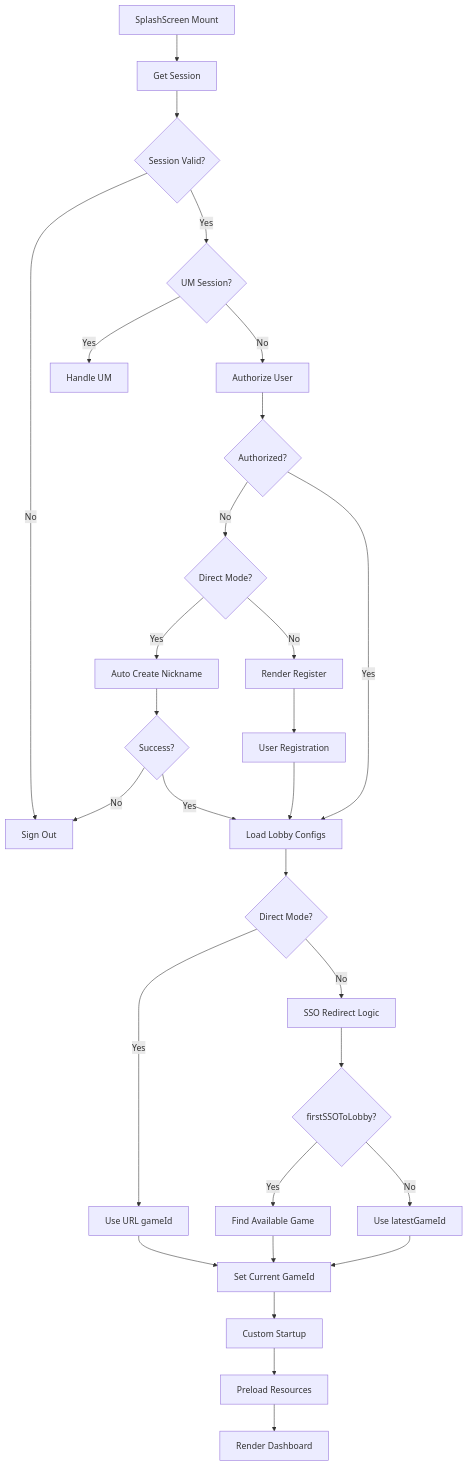
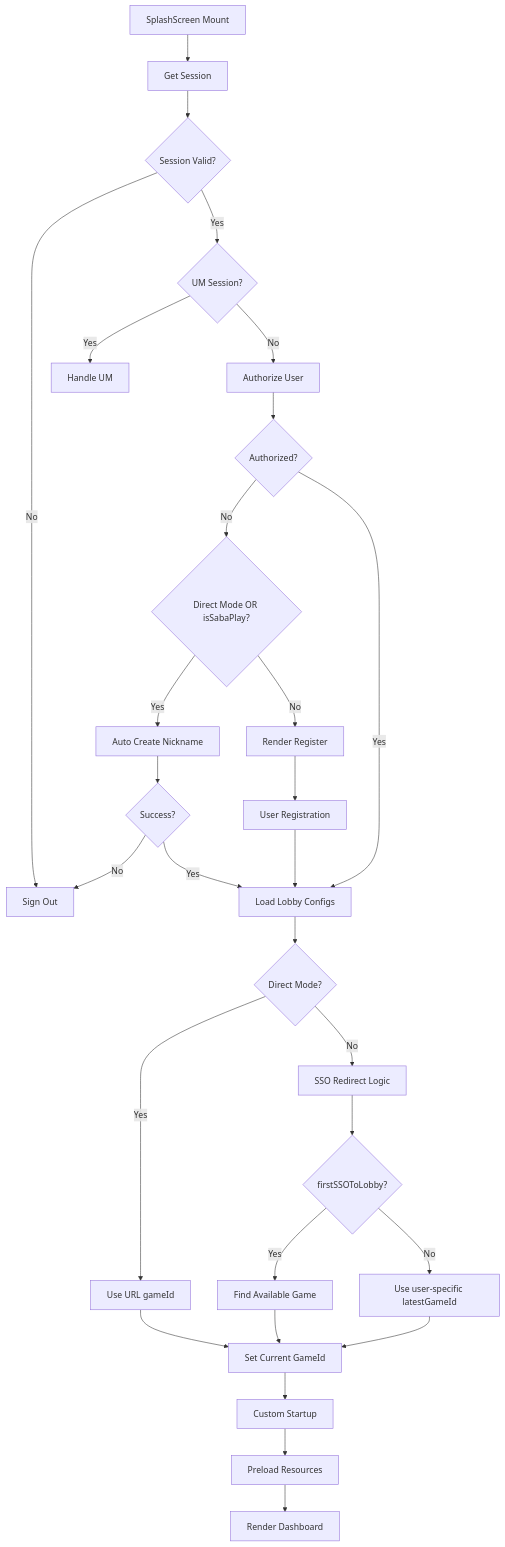
The second of 7 diagrams in docs/first-login-redirect-game.md (starixvn/l1_game-clients_number-games_gn-game-client), drawn with Mermaid before and after one commit. The commit also changed other lines of this file and 8 other files, not shown here.

````diff
--- a/docs/first-login-redirect-game.md
+++ b/docs/first-login-redirect-game.md
@@ -71,35 +127,35 @@
 ```mermaid
 flowchart TD
     A[SplashScreen Mount] --> B[Get Session]
     B --> C{Session Valid?}
     C -->|No| D[Sign Out]
     C -->|Yes| E{UM Session?}
     E -->|Yes| F[Handle UM]
     E -->|No| G[Authorize User]
 
     G --> H{Authorized?}
-    H -->|No| I{Direct Mode?}
+    H -->|No| I{Direct Mode OR isSabaPlay?}
     I -->|Yes| J[Auto Create Nickname]
     I -->|No| K[Render Register]
     J --> L{Success?}
     L -->|No| D
     L -->|Yes| M[Load Lobby Configs]
 
     H -->|Yes| M
     K --> N[User Registration]
     N --> M
 
     M --> O{Direct Mode?}
     O -->|Yes| P[Use URL gameId]
     O -->|No| Q[SSO Redirect Logic]
     Q --> R{firstSSOToLobby?}
     R -->|Yes| S[Find Available Game]
-    R -->|No| T[Use latestGameId]
+    R -->|No| T[Use user-specific latestGameId]
     S --> U[Set Current GameId]
     T --> U
     P --> U
 
     U --> V[Custom Startup]
     V --> W[Preload Resources]
     W --> X[Render Dashboard]
 ```
````
